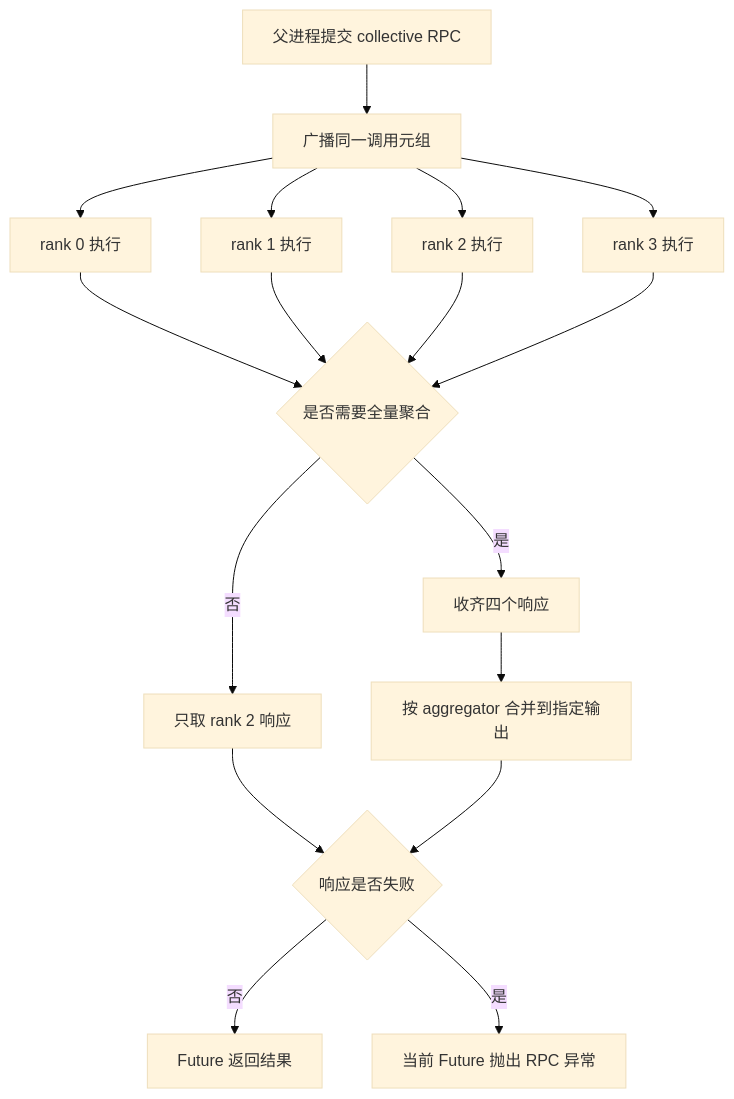
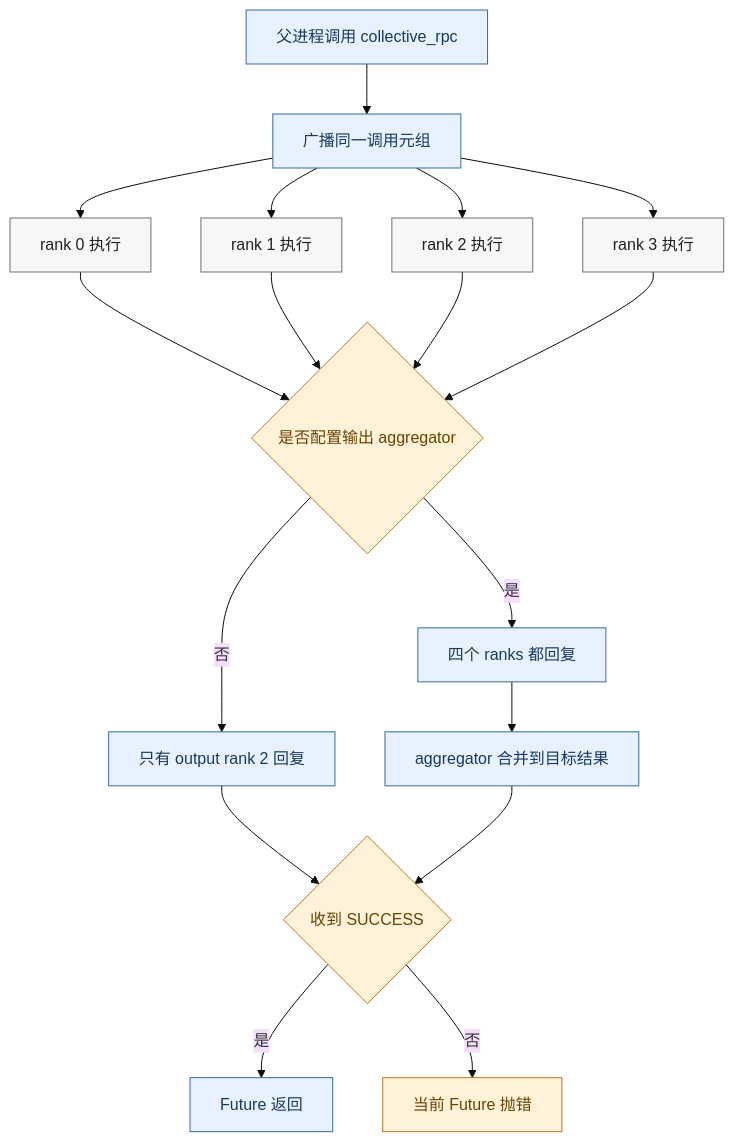
Before and after one commit to suhaibo666/llm-knowledge: the second of 4 diagrams in wiki/02_engineering/03_infer_frameworks/vllm/26_vllm_multiproc_executor_rpc_deepdive.md, drawn with Mermaid (base theme). The commit also changed other lines of this file and 11 other files, not shown here.

````diff
--- a/wiki/02_engineering/03_infer_frameworks/vllm/26_vllm_multiproc_executor_rpc_deepdive.md
+++ b/wiki/02_engineering/03_infer_frameworks/vllm/26_vllm_multiproc_executor_rpc_deepdive.md
@@ -98,19 +125,25 @@
 ```mermaid
 flowchart TB
-    A[父进程提交 collective RPC] --> B[广播同一调用元组]
-    B --> C0[rank 0 执行]
-    B --> C1[rank 1 执行]
-    B --> C2[rank 2 执行]
-    B --> C3[rank 3 执行]
-    C0 --> D{是否需要全量聚合}
+    A["父进程调用 collective_rpc"] --> B["广播同一调用元组"]
+    B --> C0["rank 0 执行"]
+    B --> C1["rank 1 执行"]
+    B --> C2["rank 2 执行"]
+    B --> C3["rank 3 执行"]
+    C0 --> D{"是否配置输出 aggregator"}
     C1 --> D
     C2 --> D
     C3 --> D
-    D -->|否| E[只取 rank 2 响应]
-    D -->|是| F[收齐四个响应]
-    F --> G[按 aggregator 合并到指定输出]
-    E --> H{响应是否失败}
+    D -->|否| E["只有 output rank 2 回复"]
+    D -->|是| F["四个 ranks 都回复"]
+    F --> G["aggregator 合并到目标结果"]
+    E --> H{"收到 SUCCESS"}
     G --> H
-    H -->|否| I[Future 返回结果]
-    H -->|是| J[当前 Future 抛出 RPC 异常]
+    H -->|是| I["Future 返回"]
+    H -->|否| J["当前 Future 抛错"]
+
+    classDef default fill:#f7f7f7,stroke:#707070,color:#202020
+    classDef acc1 fill:#e8f1ff,stroke:#3569a8,color:#173a63
+    classDef acc2 fill:#fff2d9,stroke:#b7791f,color:#6b4300
+    class A,B,E,F,G,I acc1
+    class D,H,J acc2
 ```
````
